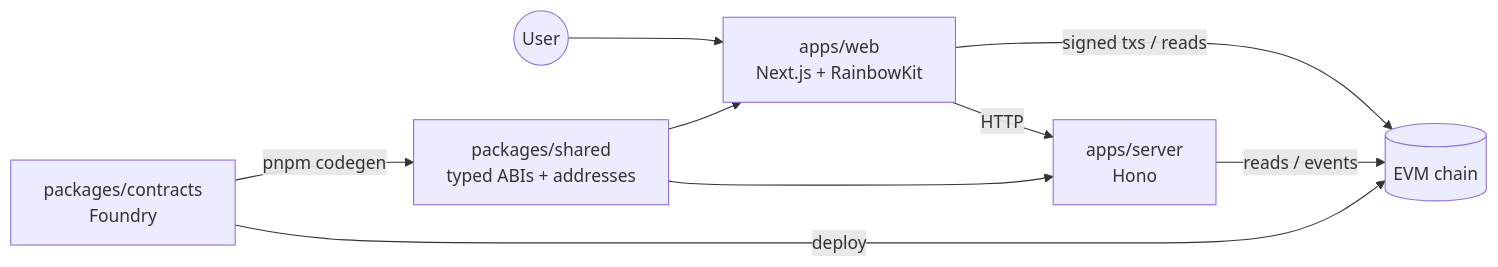
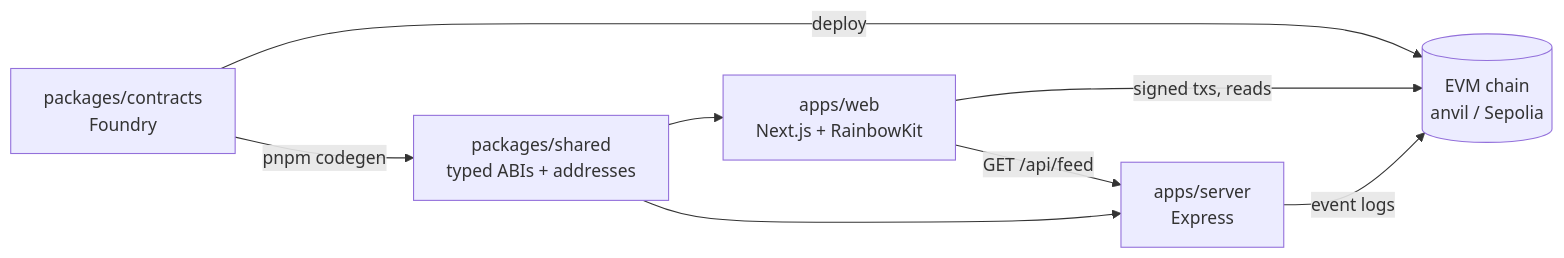
The diagram in README.md (Evilstein-debug/eth-starter), drawn with Mermaid before and after one commit. The commit also changed other lines of this file and 6 other files, not shown here.

Commit message:
chore: replace Hono with Express in server

````diff
--- a/README.md
+++ b/README.md
@@ -17,11 +59,10 @@
 ```mermaid
 flowchart LR
-  User((User)) --> Web["apps/web<br/>Next.js + RainbowKit"]
-  Web -- "signed txs / reads" --> Chain[("EVM chain")]
-  Web -- "HTTP" --> Server["apps/server<br/>Hono"]
-  Server -- "reads / events" --> Chain
-  Contracts["packages/contracts<br/>Foundry"] -- "deploy" --> Chain
+  Contracts["packages/contracts<br/>Foundry"] -- "deploy" --> Chain[("EVM chain<br/>anvil / Sepolia")]
   Contracts -- "pnpm codegen" --> Shared["packages/shared<br/>typed ABIs + addresses"]
-  Shared --> Web
-  Shared --> Server
+  Shared --> Web["apps/web<br/>Next.js + RainbowKit"]
+  Shared --> Server["apps/server<br/>Express"]
+  Web -- "signed txs, reads" --> Chain
+  Web -- "GET /api/feed" --> Server
+  Server -- "event logs" --> Chain
 ```
````
